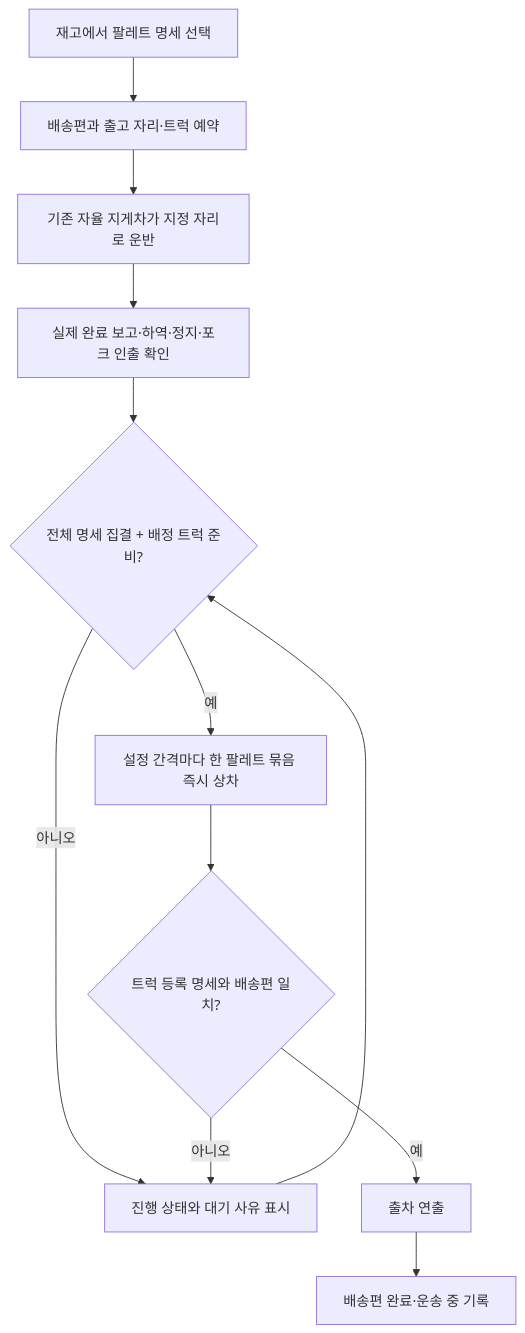
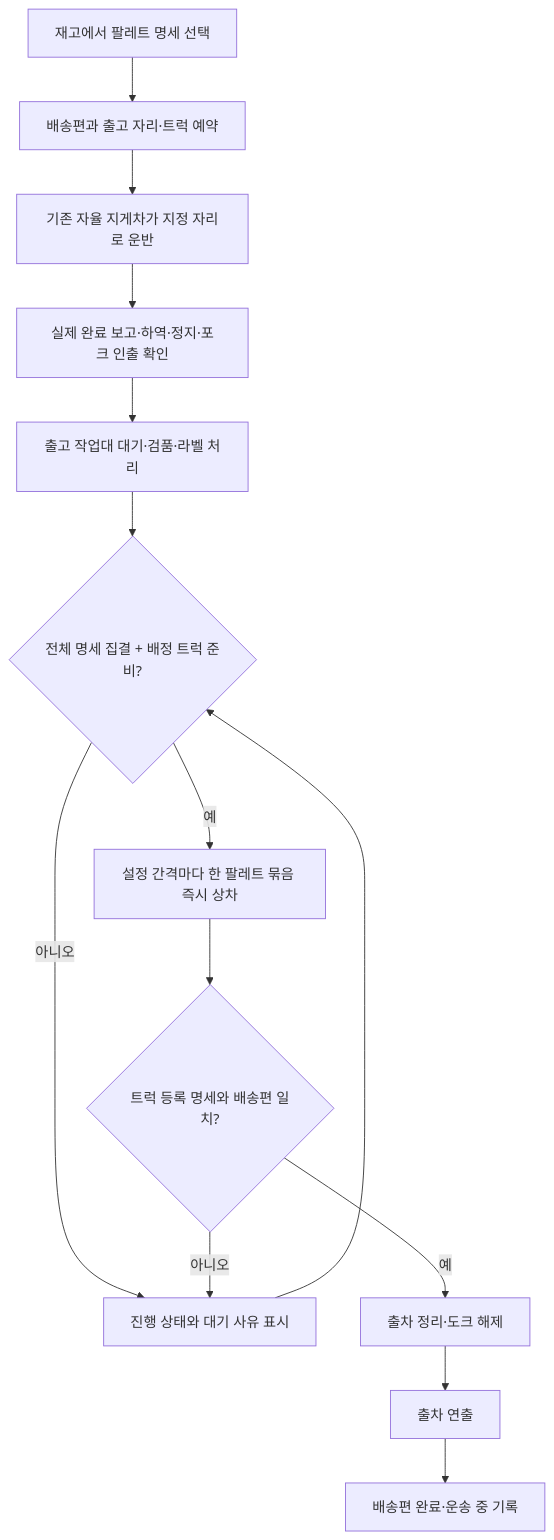
The diagram in TRUCK_LOGISTICS_DESIGN.md (graybeeer/msc_vr), drawn with Mermaid before and after one commit. The commit also changed other lines of this file and 30 other files, not shown here.

````diff
--- a/TRUCK_LOGISTICS_DESIGN.md
+++ b/TRUCK_LOGISTICS_DESIGN.md
@@ -24,14 +24,16 @@
 ```mermaid
 flowchart TD
     A[재고에서 팔레트 명세 선택] --> B[배송편과 출고 자리·트럭 예약]
     B --> C[기존 자율 지게차가 지정 자리로 운반]
-    C --> D[실제 완료 보고·하역·정지·포크 인출 확인]
+    C --> D0[실제 완료 보고·하역·정지·포크 인출 확인]
+    D0 --> D[출고 작업대 대기·검품·라벨 처리]
     D --> E{전체 명세 집결 + 배정 트럭 준비?}
     E -->|아니오| W[진행 상태와 대기 사유 표시]
     W --> E
     E -->|예| F[설정 간격마다 한 팔레트 묶음 즉시 상차]
     F --> G{트럭 등록 명세와 배송편 일치?}
     G -->|아니오| W
-    G -->|예| H[출차 연출]
+    G -->|예| H0[출차 정리·도크 해제]
+    H0 --> H[출차 연출]
     H --> I[배송편 완료·운송 중 기록]
 ```
````
